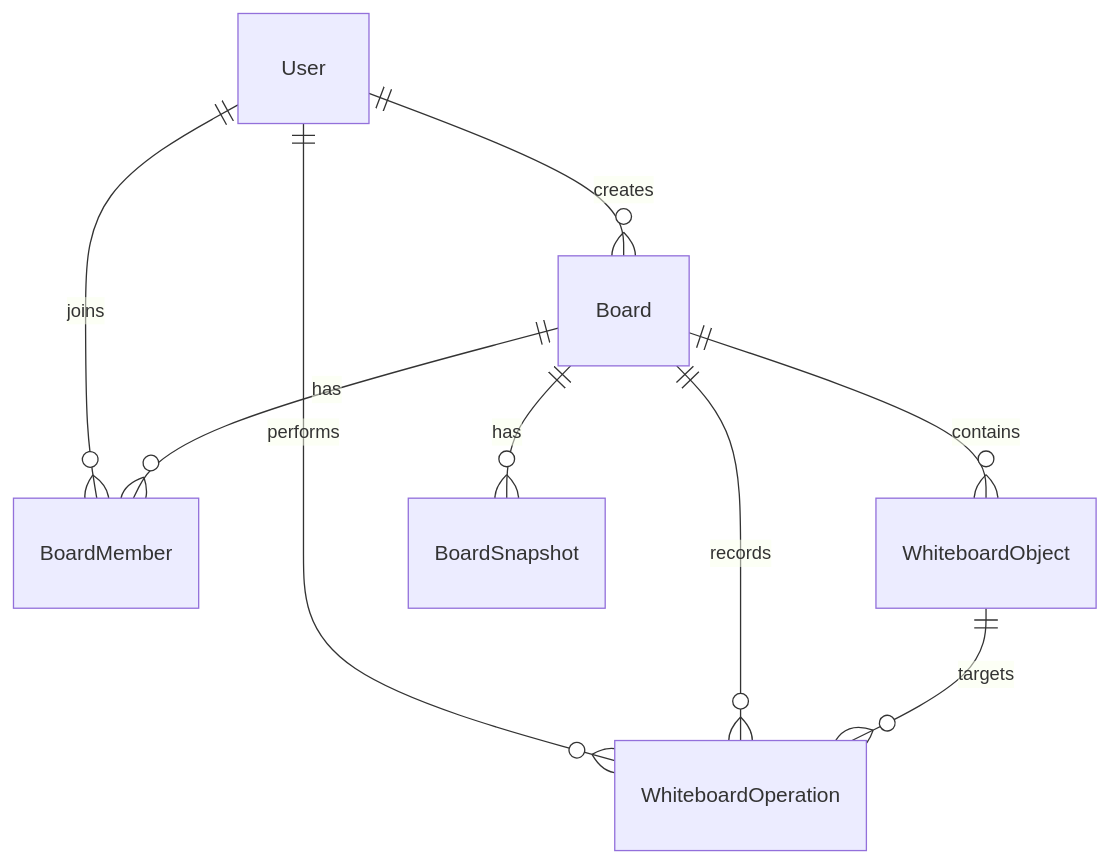
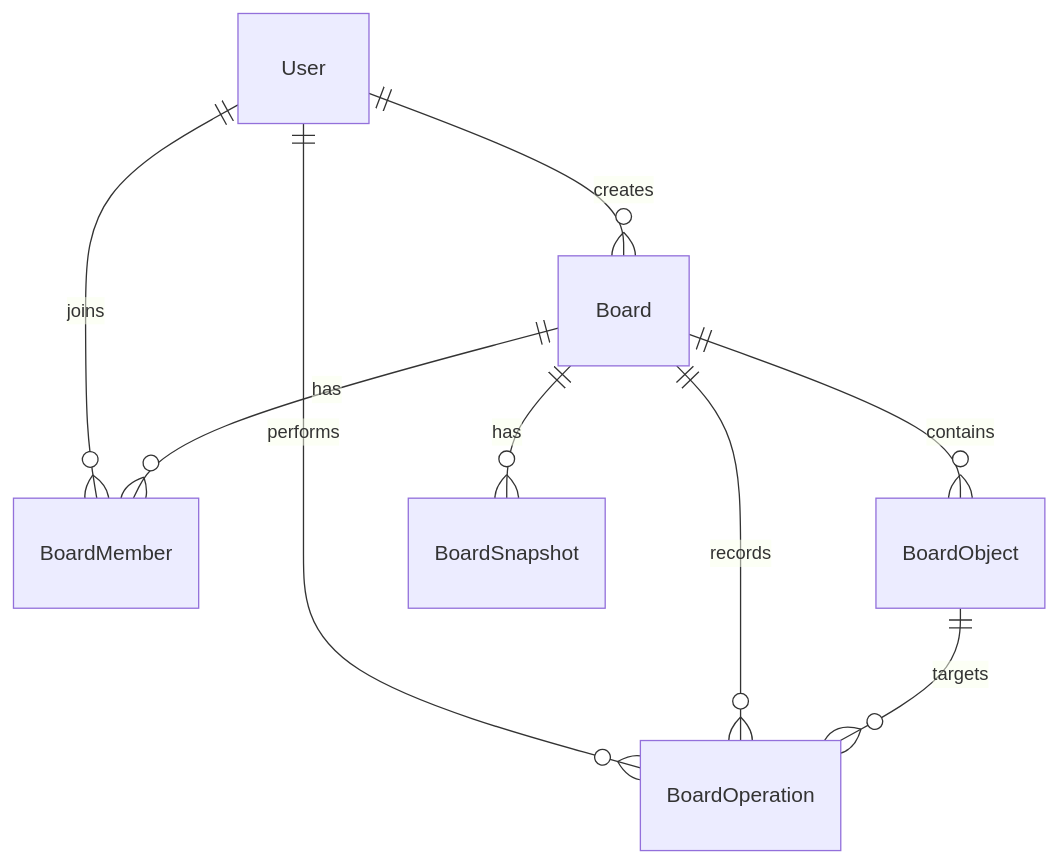
Before and after one commit to Mkhai205/vdt-realtime-collaborative-tactical-whiteboard: the second of 2 diagrams in docs/README.md, drawn with Mermaid. The commit also changed other lines of this file and 54 other files, not shown here.

````diff
--- a/docs/README.md
+++ b/docs/README.md
@@ -70,11 +70,11 @@
 ```mermaid
 erDiagram
     User ||--o{ Board : "creates"
     User ||--o{ BoardMember : "joins"
-    User ||--o{ WhiteboardOperation : "performs"
+    User ||--o{ BoardOperation : "performs"
     Board ||--o{ BoardMember : "has"
-    Board ||--o{ WhiteboardObject : "contains"
-    Board ||--o{ WhiteboardOperation : "records"
+    Board ||--o{ BoardObject : "contains"
+    Board ||--o{ BoardOperation : "records"
     Board ||--o{ BoardSnapshot : "has"
-    WhiteboardObject ||--o{ WhiteboardOperation : "targets"
+    BoardObject ||--o{ BoardOperation : "targets"
 ```
````
